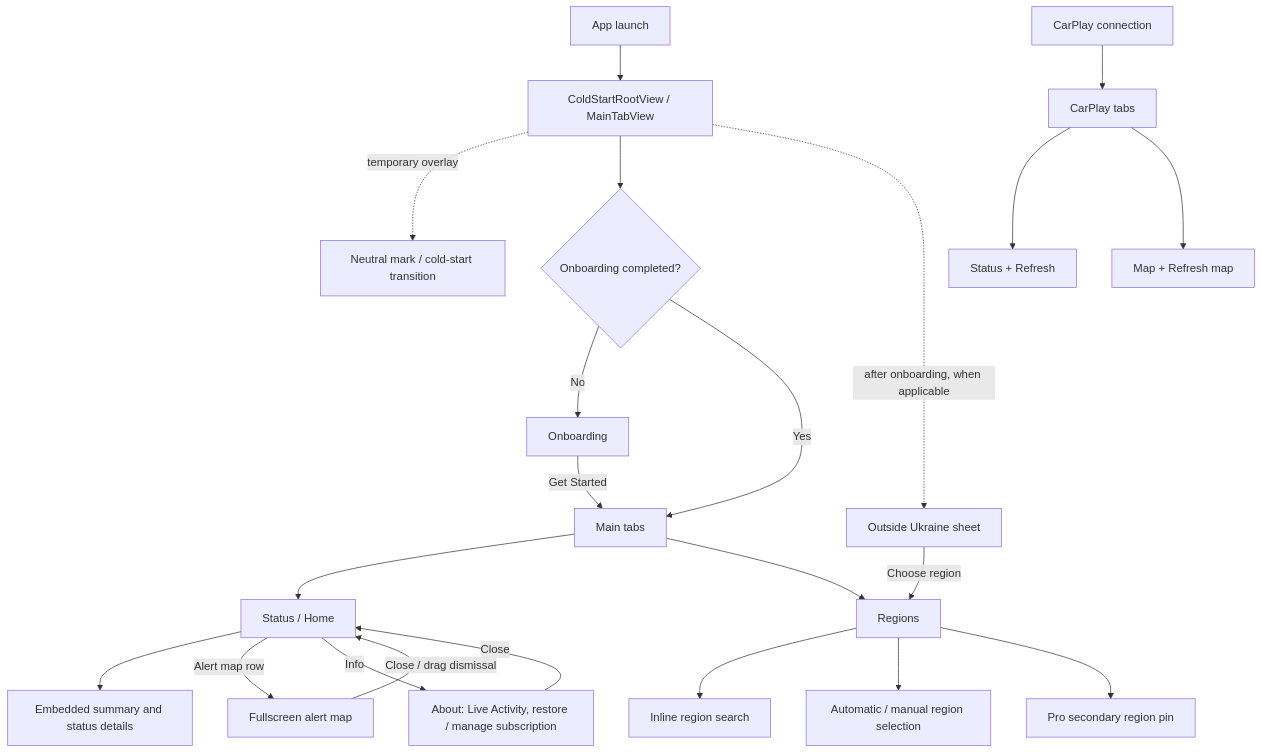
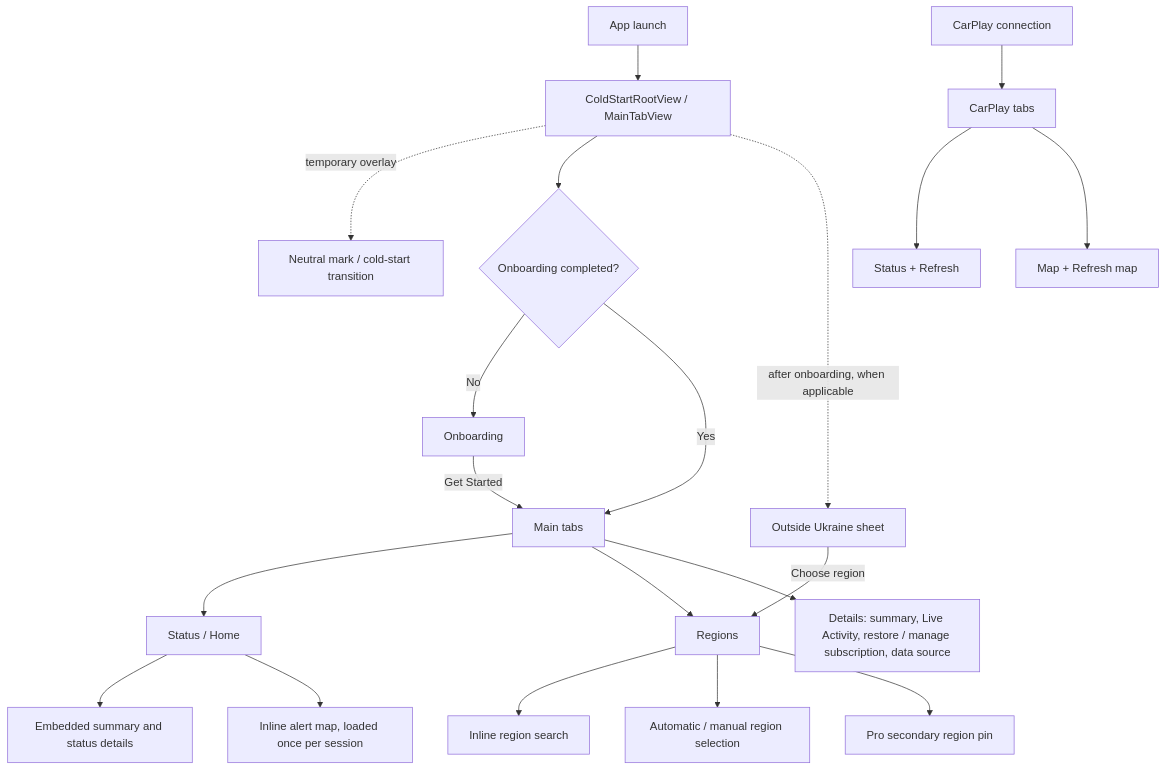
One commit to vil4max/regional-check changed the second of 3 diagrams in docs/engineering/project-map.md. Above: the diagram before and after it, drawn with Mermaid. The commit also changed other lines of this file and 27 other files, not shown here.

First line of the commit message:
feat(status): show the alert map inline and delete the full-screen cover

````diff
--- a/docs/engineering/project-map.md
+++ b/docs/engineering/project-map.md
@@ -45,24 +45,22 @@
 ```mermaid
 flowchart TD
     Launch[App launch] --> Root[ColdStartRootView / MainTabView]
     Root -. temporary overlay .-> Cold[Neutral mark / cold-start transition]
     Root --> First{Onboarding completed?}
     First -->|No| Onboarding[Onboarding]
     Onboarding -->|Get Started| Tabs[Main tabs]
     First -->|Yes| Tabs
     Tabs --> Status[Status / Home]
     Tabs --> Regions[Regions]
     Status --> Summary[Embedded summary and status details]
-    Status -->|Alert map row| Map[Fullscreen alert map]
-    Map -->|Close / drag dismissal| Status
-    Status -->|Info| About[About: Live Activity, restore / manage subscription]
-    About -->|Close| Status
+    Status --> Map[Inline alert map, loaded once per session]
+    Tabs --> Details[Details: summary, Live Activity, restore / manage subscription, data source]
     Regions --> Search[Inline region search]
     Regions --> Selection[Automatic / manual region selection]
     Regions --> Pin[Pro secondary region pin]
     Root -. after onboarding, when applicable .-> Outside[Outside Ukraine sheet]
     Outside -->|Choose region| Regions
     Connect[CarPlay connection] --> CPTabs[CarPlay tabs]
     CPTabs --> CPStatus[Status + Refresh]
     CPTabs --> CPMap[Map + Refresh map]
 ```
````
